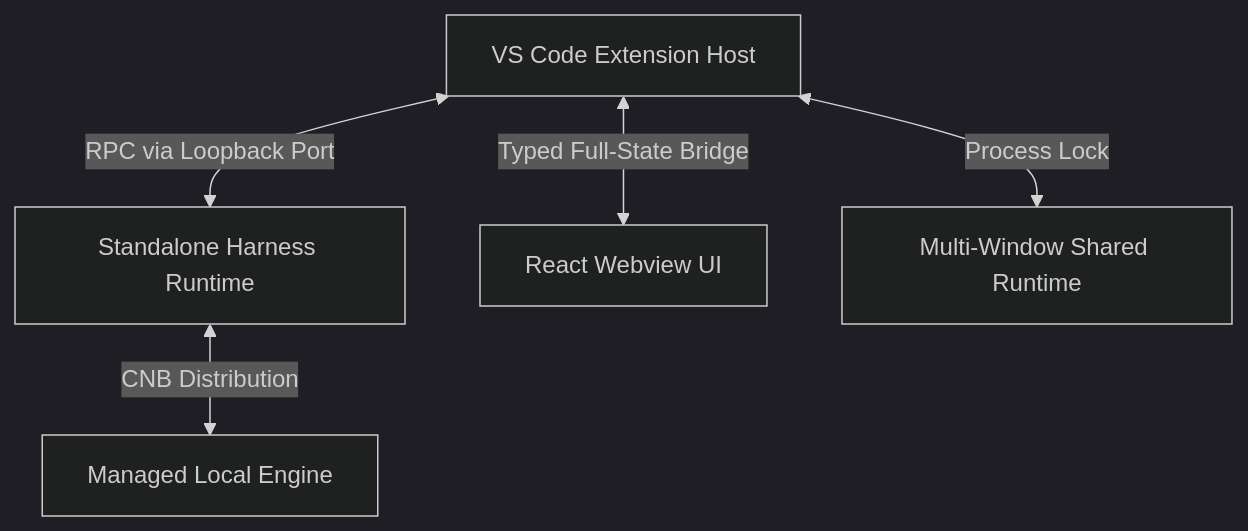
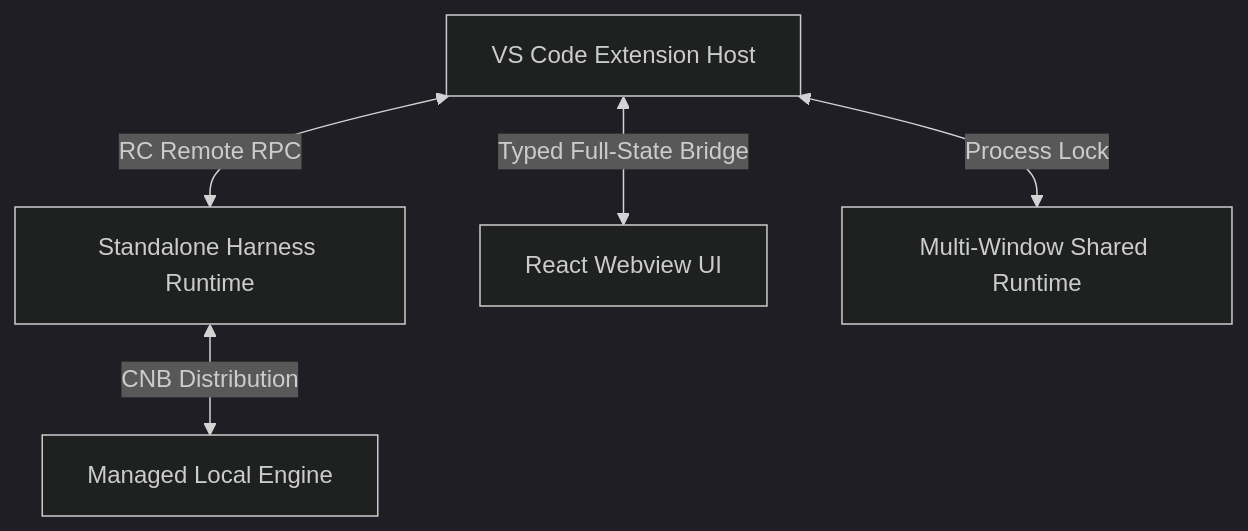
The diagram in README.md (HarcoChen/dsh-vsc-integration), drawn with Mermaid (dark theme) before and after one commit. The commit also changed other lines of this file and 5 other files, not shown here.

````diff
--- a/README.md
+++ b/README.md
@@ -80,7 +122,7 @@
 ```mermaid
 graph TD
-    A[VS Code Extension Host] <-->|RPC via Loopback Port| B[Standalone Harness Runtime]
+    A[VS Code Extension Host] <-->|RC Remote RPC| B[Standalone Harness Runtime]
     A <-->|Typed Full-State Bridge| C[React Webview UI]
     B <-->|CNB Distribution| D[Managed Local Engine]
     A <-->|Process Lock| E[Multi-Window Shared Runtime]
 ```
````
